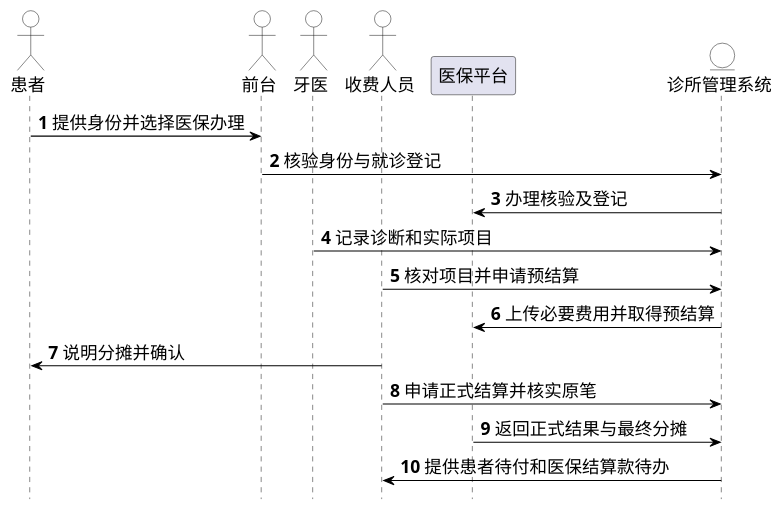
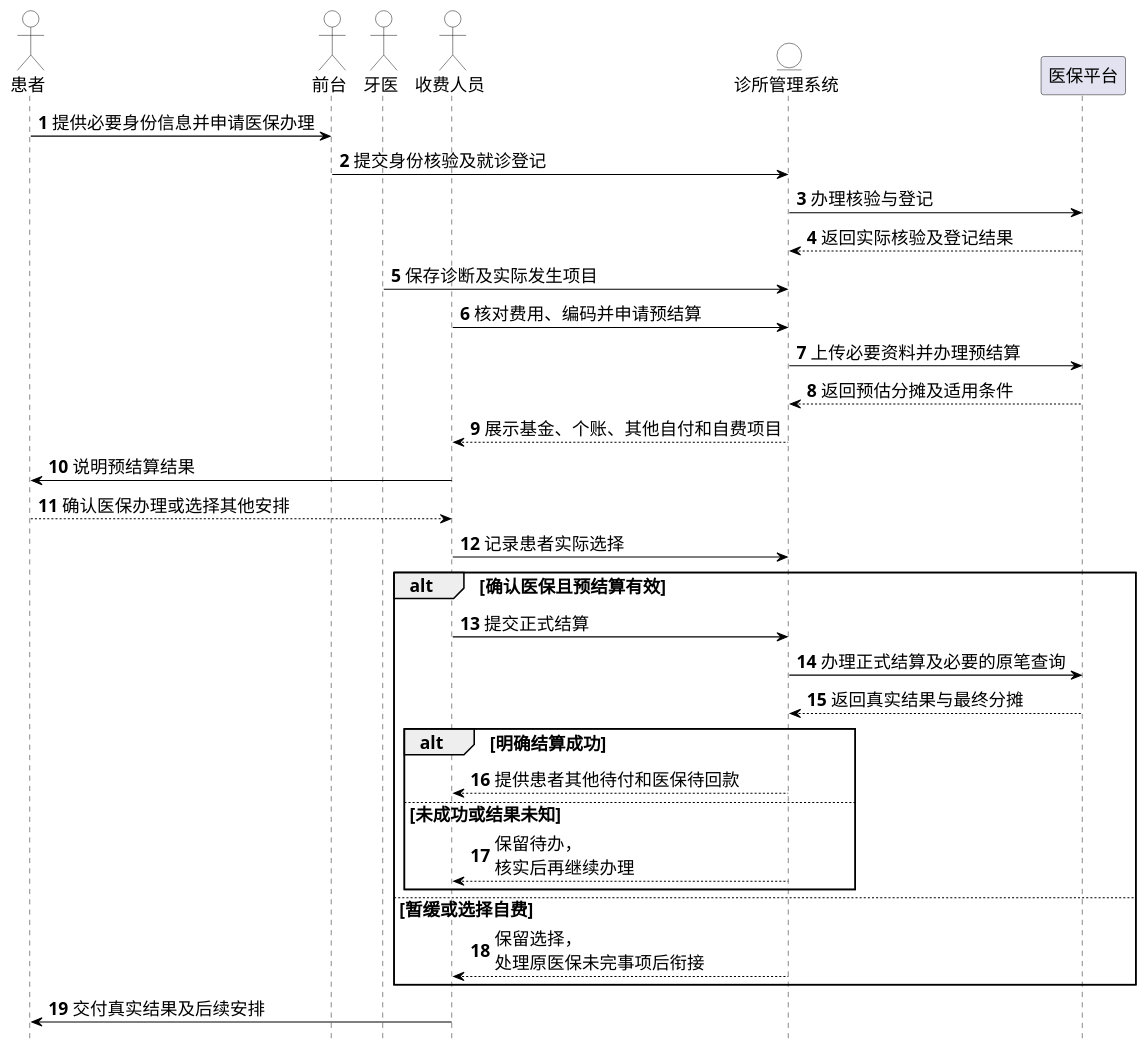
Before and after one commit to Shawmc-creator/systemAnalyseAndDesign: the diagram in 01-需求文档/diagrams/integrated-20261019/business-improved-6.puml, drawn with PlantUML. The commit also changed 53 other files, not shown here.

```diff
--- a/01-需求文档/diagrams/integrated-20261019/business-improved-6.puml
+++ b/01-需求文档/diagrams/integrated-20261019/business-improved-6.puml
@@ -1,37 +1,52 @@
 @startuml
 skinparam backgroundColor white
 skinparam shadowing false
 skinparam defaultFontName SimSun
 skinparam defaultFontSize 17
 skinparam ArrowColor black
 skinparam ClassBackgroundColor white
 skinparam ActorBackgroundColor white
 skinparam BoundaryBackgroundColor white
 skinparam ControlBackgroundColor white
 skinparam EntityBackgroundColor white
 skinparam NoteBackgroundColor white
 skinparam NoteBorderColor black
 skinparam classAttributeIconSize 0
 skinparam nodesep 24
 skinparam ranksep 34
 hide footbox
 autonumber
 skinparam maxMessageSize 150
-actor "患者" as A0
-actor "前台" as A1
-actor "牙医" as A2
-actor "收费人员" as A3
-participant "医保平台" as A4
+actor "患者" as P
+actor "前台" as F
+actor "牙医" as D
+actor "收费人员" as C
 entity "诊所管理系统" as S
-A0 -> A1 : 提供身份并选择医保办理
-A1 -> S : 核验身份与就诊登记
-S -> A4 : 办理核验及登记
-A2 -> S : 记录诊断和实际项目
-A3 -> S : 核对项目并申请预结算
-S -> A4 : 上传必要费用并取得预结算
-A3 -> A0 : 说明分摊并确认
-A3 -> S : 申请正式结算并核实原笔
-A4 -> S : 返回正式结果与最终分摊
-S -> A3 : 提供患者待付和医保结算款待办
+participant "医保平台" as I
+P -> F : 提供必要身份信息并申请医保办理
+F -> S : 提交身份核验及就诊登记
+S -> I : 办理核验与登记
+I --> S : 返回实际核验及登记结果
+D -> S : 保存诊断及实际发生项目
+C -> S : 核对费用、编码并申请预结算
+S -> I : 上传必要资料并办理预结算
+I --> S : 返回预估分摊及适用条件
+S --> C : 展示基金、个账、其他自付和自费项目
+C -> P : 说明预结算结果
+P --> C : 确认医保办理或选择其他安排
+C -> S : 记录患者实际选择
+alt 确认医保且预结算有效
+ C -> S : 提交正式结算
+ S -> I : 办理正式结算及必要的原笔查询
+ I --> S : 返回真实结果与最终分摊
+ alt 明确结算成功
+  S --> C : 提供患者其他待付和医保待回款
+ else 未成功或结果未知
+  S --> C : 保留待办，核实后再继续办理
+ end
+else 暂缓或选择自费
+ S --> C : 保留选择，处理原医保未完事项后衔接
+end
+C -> P : 交付真实结果及后续安排
 
 @enduml
```
